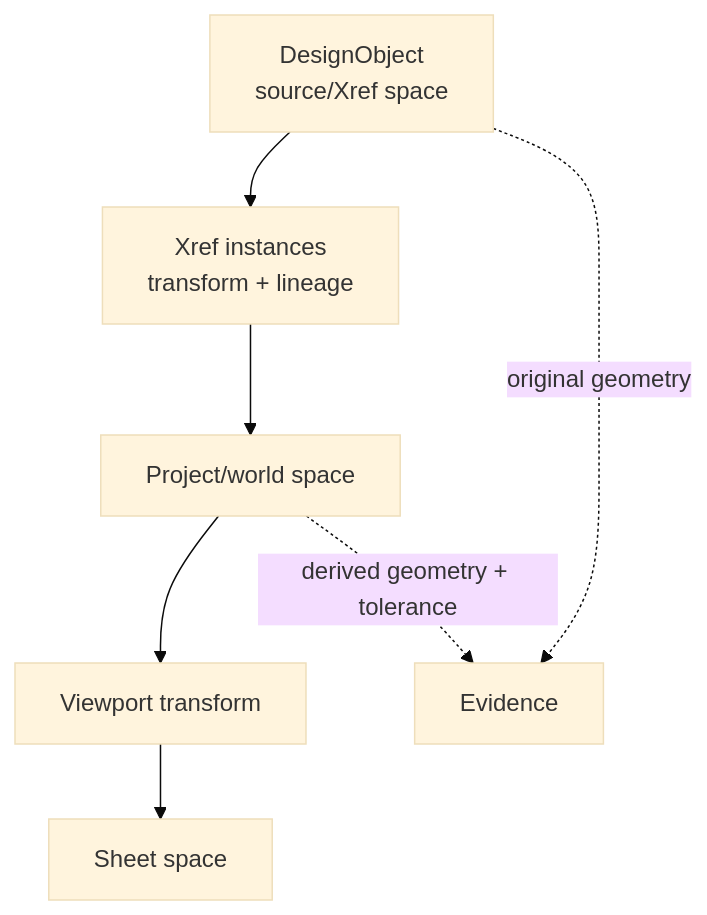
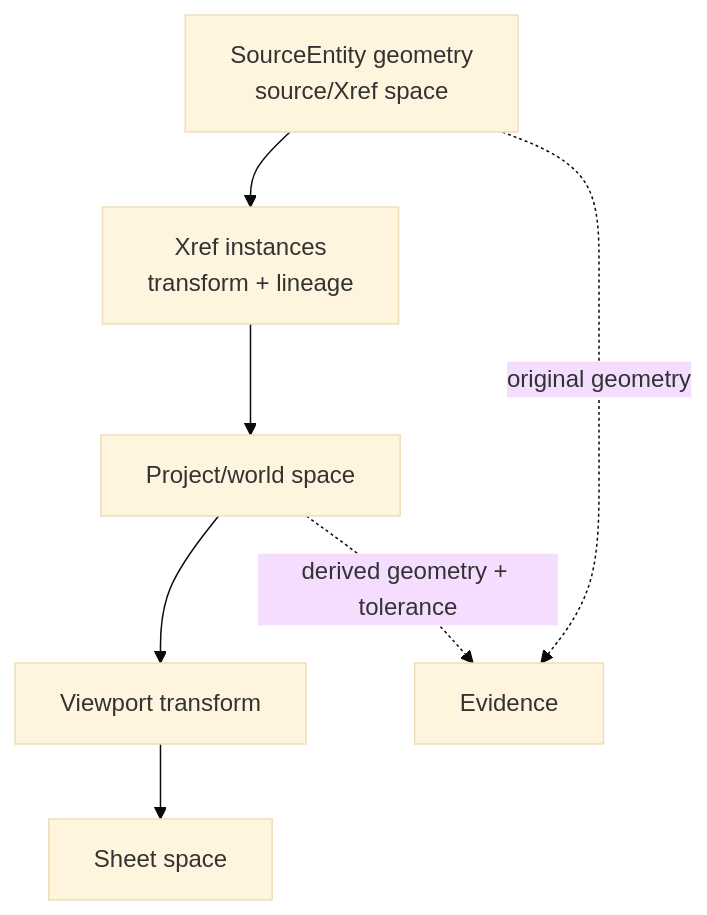
One commit to dkylewillis/core changed the diagram in docs/diagrams/xref-coordinates.md. Above: the diagram before and after it, drawn with Mermaid (base theme). The commit also changed 9 other files, not shown here.

````diff
--- a/docs/diagrams/xref-coordinates.md
+++ b/docs/diagrams/xref-coordinates.md
@@ -3,7 +3,7 @@
 ```mermaid
 flowchart TD
-  O["DesignObject\nsource/Xref space"] --> X["Xref instances\ntransform + lineage"] --> W["Project/world space"]
+  O["SourceEntity geometry\nsource/Xref space"] --> X["Xref instances\ntransform + lineage"] --> W["Project/world space"]
   W --> V["Viewport transform"] --> S["Sheet space"]
   O -. original geometry .-> E["Evidence"]
   W -. derived geometry + tolerance .-> E
 ```
````
